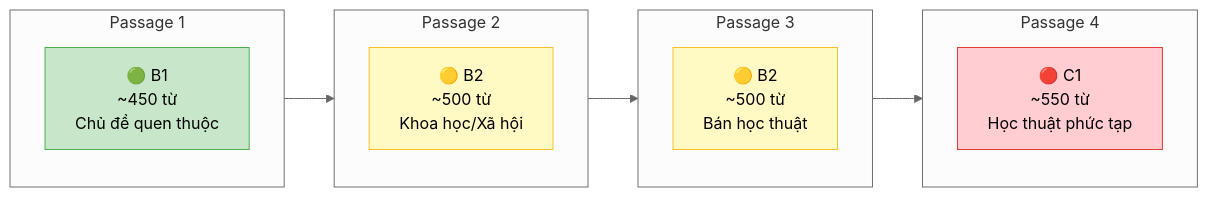
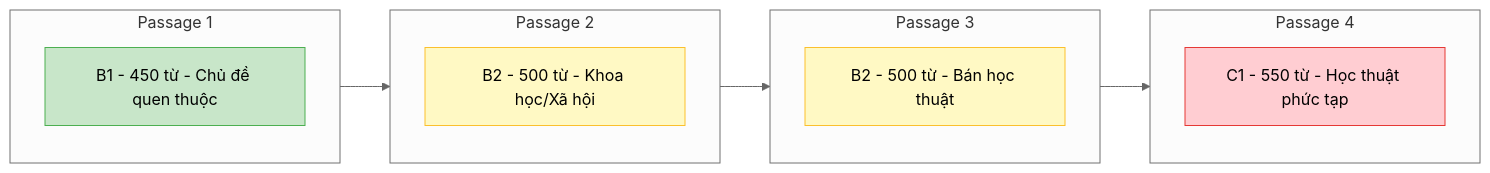
One commit to nghyane/VSTEP changed the second of 2 diagrams in docs/03-reading/format.md. Above: the diagram before and after it, drawn with Mermaid (neutral theme). The commit also changed other lines of this file and 3 other files, not shown here.

First line of the commit message:
Fix docs: chuẩn hóa format theo nguồn chính thức, sửa diagram

````diff
--- a/docs/03-reading/format.md
+++ b/docs/03-reading/format.md
@@ -23,25 +23,20 @@
 ```mermaid
 flowchart LR
     subgraph P1["Passage 1"]
-        L1["🟢 B1<br/>~450 từ<br/>Chủ đề quen thuộc"]
+        L1["B1 - 450 từ - Chủ đề quen thuộc"]
     end
-    
     subgraph P2["Passage 2"]
-        L2["🟡 B2<br/>~500 từ<br/>Khoa học/Xã hội"]
+        L2["B2 - 500 từ - Khoa học/Xã hội"]
     end
-    
     subgraph P3["Passage 3"]
-        L3["🟡 B2<br/>~500 từ<br/>Bán học thuật"]
+        L3["B2 - 500 từ - Bán học thuật"]
     end
-    
     subgraph P4["Passage 4"]
-        L4["🔴 C1<br/>~550 từ<br/>Học thuật phức tạp"]
+        L4["C1 - 550 từ - Học thuật phức tạp"]
     end
-    
     P1 --> P2 --> P3 --> P4
-    
     style L1 fill:#c8e6c9,stroke:#4caf50
     style L2 fill:#fff9c4,stroke:#fbc02d
     style L3 fill:#fff9c4,stroke:#fbc02d
     style L4 fill:#ffcdd2,stroke:#e53935
 ```
````
